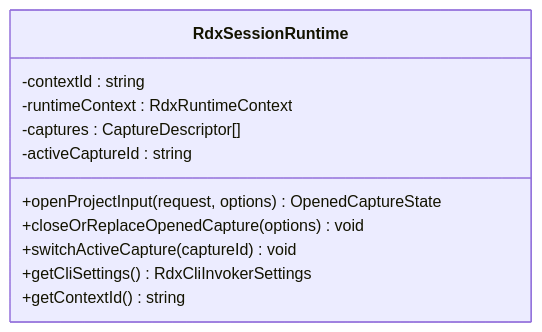
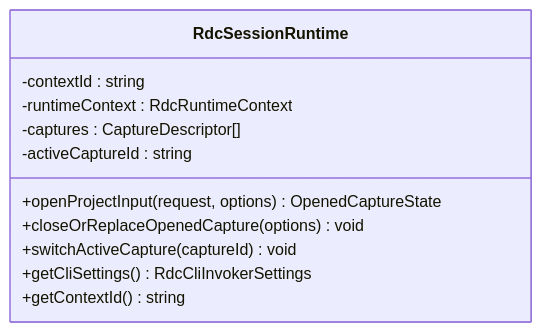
Before and after one commit to haolange/RDC-Agent: the fourth of 7 diagrams in .qoder/repowiki/zh/content/核心模块/会话管理系统/会话级回放系统.md, drawn with Mermaid. The commit also changed other lines of this file and 557 other files, not shown here.

````diff
--- a/.qoder/repowiki/zh/content/核心模块/会话管理系统/会话级回放系统.md
+++ b/.qoder/repowiki/zh/content/核心模块/会话管理系统/会话级回放系统.md
@@ -143,14 +143,14 @@
 ```mermaid
 classDiagram
-class RdxSessionRuntime {
+class RdcSessionRuntime {
 -contextId : string
--runtimeContext : RdxRuntimeContext
+-runtimeContext : RdcRuntimeContext
 -captures : CaptureDescriptor[]
 -activeCaptureId : string
 +openProjectInput(request, options) OpenedCaptureState
 +closeOrReplaceOpenedCapture(options) void
 +switchActiveCapture(captureId) void
-+getCliSettings() RdxCliInvokerSettings
++getCliSettings() RdcCliInvokerSettings
 +getContextId() string
 }
 ```
````
